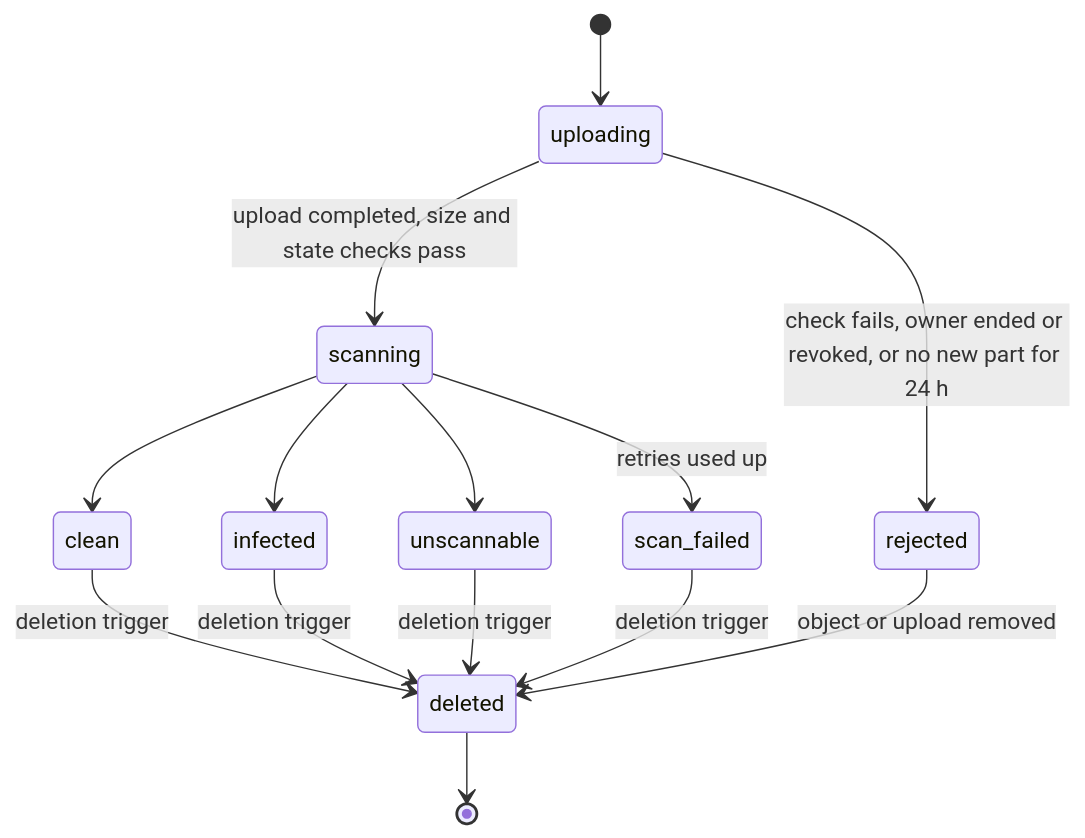
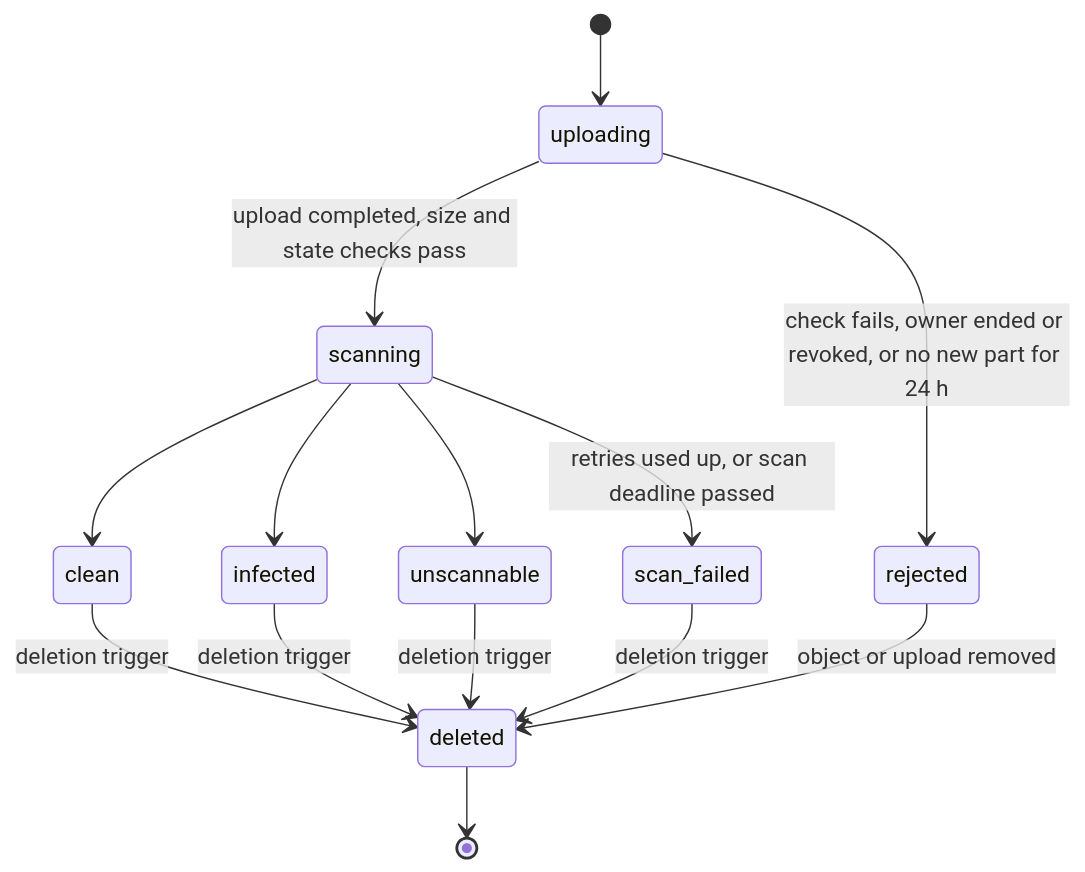
The second of 5 diagrams in docs/design/data-model.md (codewithmuh/secure-file-transfer), drawn with Mermaid before and after one commit. The commit also changed other lines of this file and 1 other file, not shown here.

````diff
--- a/docs/design/data-model.md
+++ b/docs/design/data-model.md
@@ -151,16 +205,16 @@
 ```mermaid
 stateDiagram-v2
     [*] --> uploading
     uploading --> scanning: upload completed, size and state checks pass
     uploading --> rejected: check fails, owner ended or revoked, or no new part for 24 h
     scanning --> clean
     scanning --> infected
     scanning --> unscannable
-    scanning --> scan_failed: retries used up
+    scanning --> scan_failed: retries used up, or scan deadline passed
     clean --> deleted: deletion trigger
     infected --> deleted: deletion trigger
     unscannable --> deleted: deletion trigger
     scan_failed --> deleted: deletion trigger
     rejected --> deleted: object or upload removed
     deleted --> [*]
 ```
````
